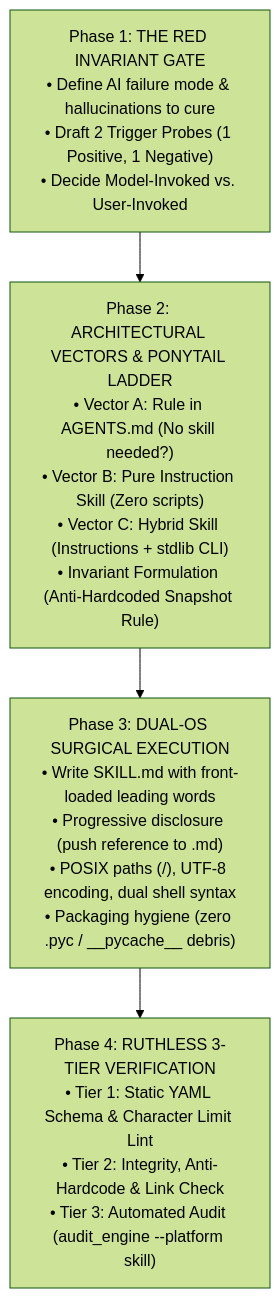
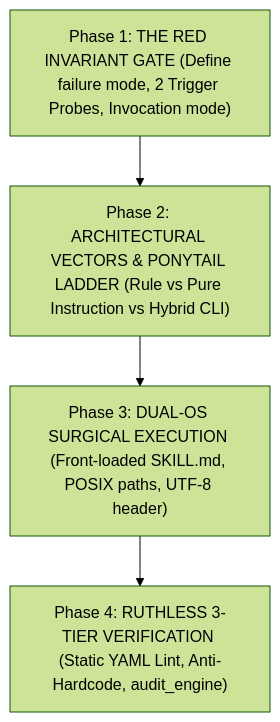
Before and after one commit to iscvlab/boostx: the first of 2 diagrams in skills/xcreate-skill/SKILL.md, drawn with Mermaid (forest theme). The commit also changed 6 other files, not shown here.

Commit message:
fix(docs): remove <br> and xychart-beta from Mermaid diagrams across BoostX and /xocr

````diff
--- a/skills/xcreate-skill/SKILL.md
+++ b/skills/xcreate-skill/SKILL.md
@@ -65,6 +65,6 @@
 ```mermaid
 flowchart TD
-    P1["Phase 1: THE RED INVARIANT GATE<br>• Define AI failure mode & hallucinations to cure<br>• Draft 2 Trigger Probes (1 Positive, 1 Negative)<br>• Decide Model-Invoked vs. User-Invoked"] --> P2["Phase 2: ARCHITECTURAL VECTORS & PONYTAIL LADDER<br>• Vector A: Rule in AGENTS.md (No skill needed?)<br>• Vector B: Pure Instruction Skill (Zero scripts)<br>• Vector C: Hybrid Skill (Instructions + stdlib CLI)<br>• Invariant Formulation (Anti-Hardcoded Snapshot Rule)"]
-    P2 --> P3["Phase 3: DUAL-OS SURGICAL EXECUTION<br>• Write SKILL.md with front-loaded leading words<br>• Progressive disclosure (push reference to .md)<br>• POSIX paths (/), UTF-8 encoding, dual shell syntax<br>• Packaging hygiene (zero .pyc / __pycache__ debris)"]
-    P3 --> P4["Phase 4: RUTHLESS 3-TIER VERIFICATION<br>• Tier 1: Static YAML Schema & Character Limit Lint<br>• Tier 2: Integrity, Anti-Hardcode & Link Check<br>• Tier 3: Automated Audit (audit_engine --platform skill)"]
+    P1["Phase 1: THE RED INVARIANT GATE (Define failure mode, 2 Trigger Probes, Invocation mode)"] --> P2["Phase 2: ARCHITECTURAL VECTORS & PONYTAIL LADDER (Rule vs Pure Instruction vs Hybrid CLI)"]
+    P2 --> P3["Phase 3: DUAL-OS SURGICAL EXECUTION (Front-loaded SKILL.md, POSIX paths, UTF-8 header)"]
+    P3 --> P4["Phase 4: RUTHLESS 3-TIER VERIFICATION (Static YAML Lint, Anti-Hardcode, audit_engine)"]
 ```
````
